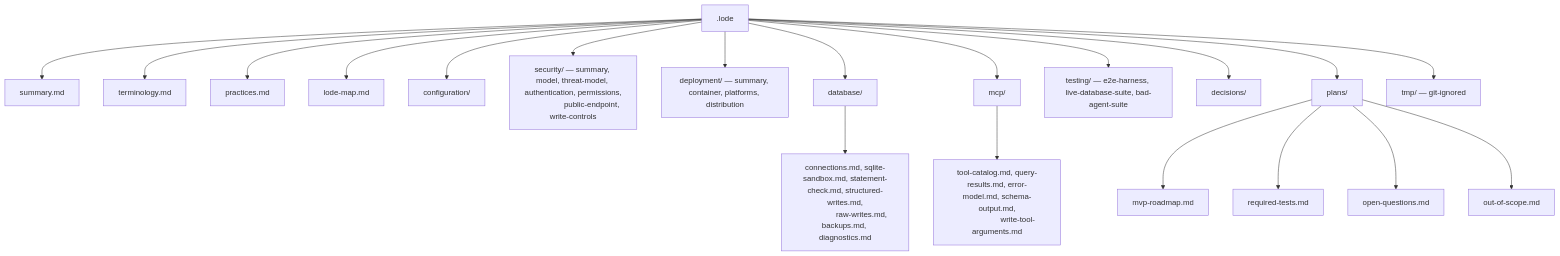
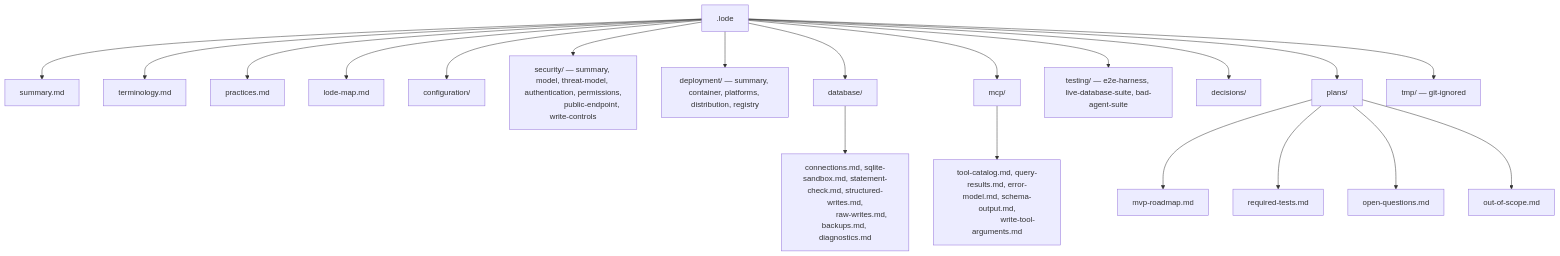
Before and after one commit to xakpc/sqlite-mcp-sidecar: the diagram in .lode/lode-map.md, drawn with Mermaid. The commit also changed other lines of this file and 5 other files, not shown here.

````diff
--- a/.lode/lode-map.md
+++ b/.lode/lode-map.md
@@ -8,25 +8,25 @@
 ```mermaid
 flowchart TD
     root[.lode] --> s[summary.md]
     root --> t[terminology.md]
     root --> p[practices.md]
     root --> m[lode-map.md]
     root --> cfg[configuration/]
     root --> sec[security/ — summary, model, threat-model, authentication, permissions,
                   public-endpoint, write-controls]
-    root --> dep[deployment/ — summary, container, platforms, distribution]
+    root --> dep[deployment/ — summary, container, platforms, distribution, registry]
     root --> dbd[database/]
     root --> mcpd[mcp/]
     root --> tst[testing/ — e2e-harness, live-database-suite, bad-agent-suite]
     root --> dec[decisions/]
     root --> plans[plans/]
     root --> tmp[tmp/ — git-ignored]
     dbd --> dbs[connections.md, sqlite-sandbox.md, statement-check.md, structured-writes.md,
                 raw-writes.md, backups.md, diagnostics.md]
     mcpd --> mcps[tool-catalog.md, query-results.md, error-model.md, schema-output.md,
                    write-tool-arguments.md]
     plans --> rm[mvp-roadmap.md]
     plans --> rt[required-tests.md]
     plans --> oq[open-questions.md]
     plans --> oos[out-of-scope.md]
 ```
````
